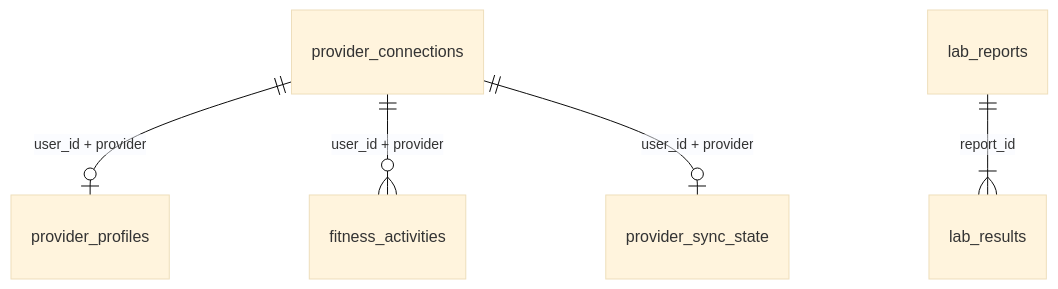
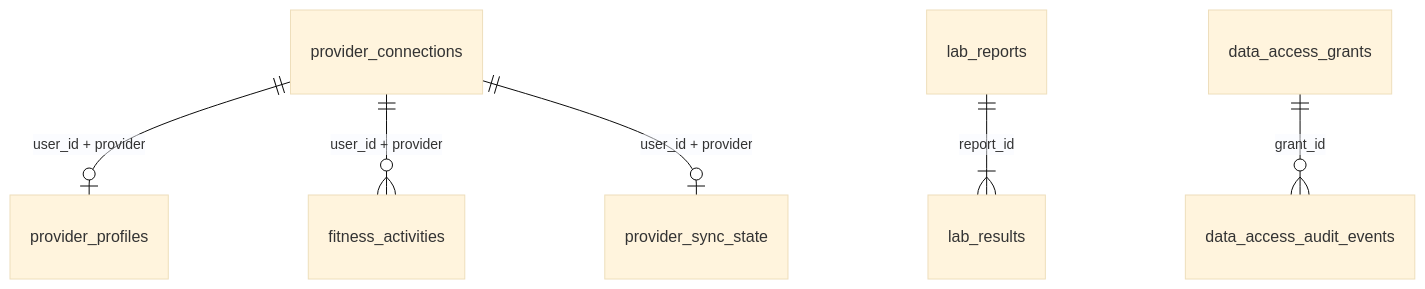
The diagram in docs/architecture/database-schema.md (iltoky/trapeak), drawn with Mermaid (base theme) before and after one commit. The commit also changed other lines of this file and 25 other files, not shown here.

First line of the commit message:
feat: add delegated data access (#1)

````diff
--- a/docs/architecture/database-schema.md
+++ b/docs/architecture/database-schema.md
@@ -13,7 +13,8 @@
 ```mermaid
 erDiagram
     provider_connections ||--o| provider_profiles : "user_id + provider"
     provider_connections ||--o{ fitness_activities : "user_id + provider"
     provider_connections ||--o| provider_sync_state : "user_id + provider"
     lab_reports ||--|{ lab_results : "report_id"
+    data_access_grants ||--o{ data_access_audit_events : "grant_id"
 ```
````
